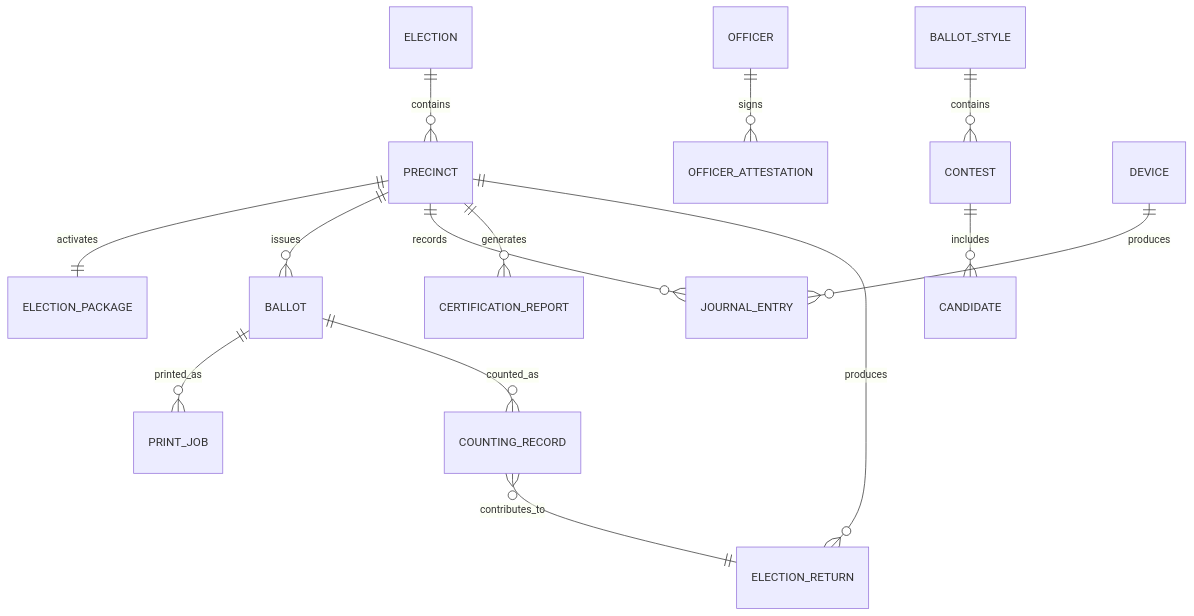
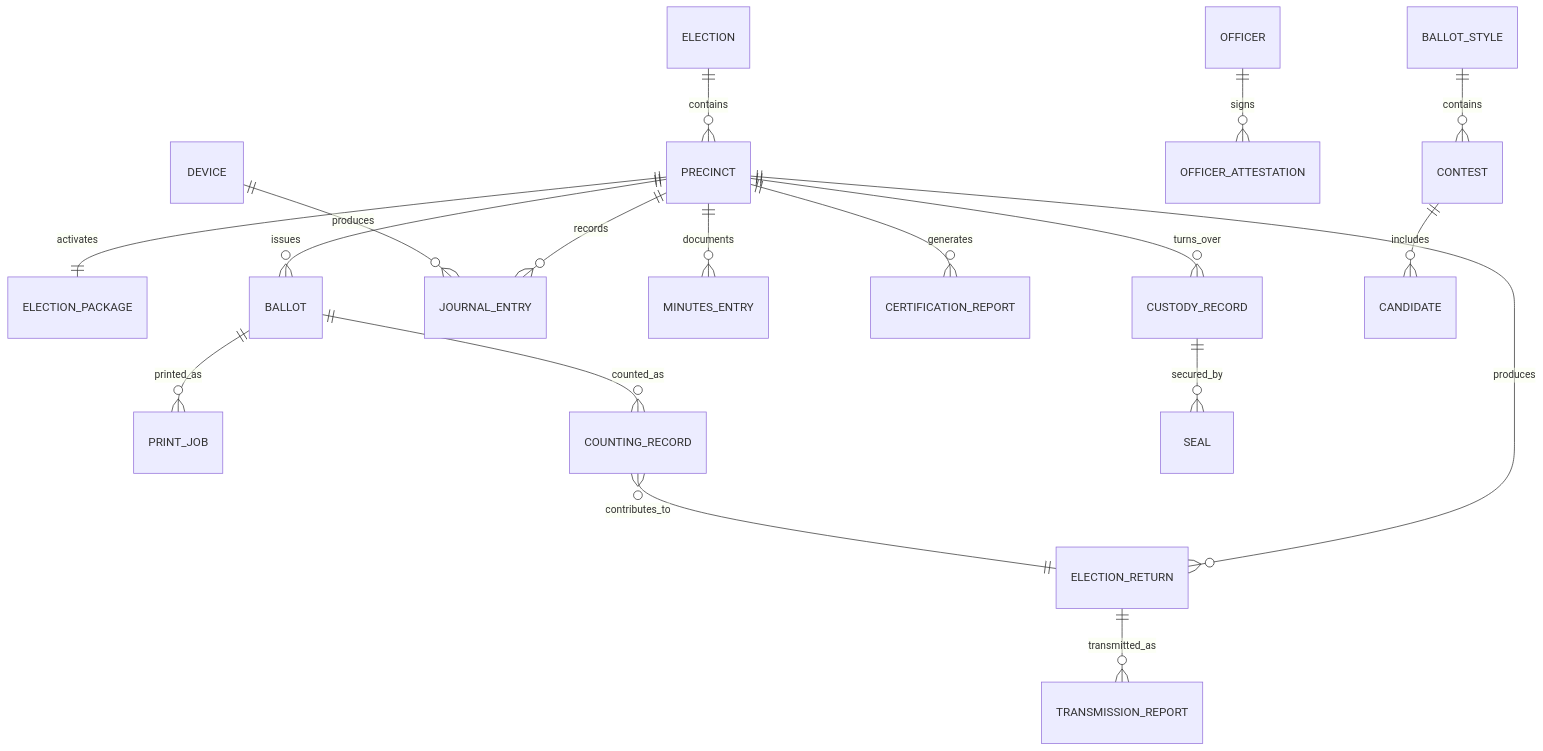
One commit to 3neti/aes changed the third of 6 diagrams in docs/SYSTEM_DESIGN.md. Above: the diagram before and after it, drawn with Mermaid. The commit also changed other lines of this file and 16 other files, not shown here.

Commit message:
feat: implement transmission and custody slice infrastructure

````diff
--- a/docs/SYSTEM_DESIGN.md
+++ b/docs/SYSTEM_DESIGN.md
@@ -248,29 +282,37 @@
 ```mermaid
 erDiagram
 
 ELECTION ||--o{ PRECINCT : contains
 
 PRECINCT ||--|| ELECTION_PACKAGE : activates
 
 PRECINCT ||--o{ BALLOT : issues
 
 PRECINCT ||--o{ JOURNAL_ENTRY : records
 
+PRECINCT ||--o{ MINUTES_ENTRY : documents
+
 PRECINCT ||--o{ CERTIFICATION_REPORT : generates
 
 PRECINCT ||--o{ ELECTION_RETURN : produces
+
+PRECINCT ||--o{ CUSTODY_RECORD : turns_over
 
 BALLOT_STYLE ||--o{ CONTEST : contains
 
 CONTEST ||--o{ CANDIDATE : includes
 
 BALLOT ||--o{ PRINT_JOB : printed_as
 
 BALLOT ||--o{ COUNTING_RECORD : counted_as
 
 COUNTING_RECORD }o--|| ELECTION_RETURN : contributes_to
 
 OFFICER ||--o{ OFFICER_ATTESTATION : signs
 
 DEVICE ||--o{ JOURNAL_ENTRY : produces
+
+ELECTION_RETURN ||--o{ TRANSMISSION_REPORT : transmitted_as
+
+CUSTODY_RECORD ||--o{ SEAL : secured_by
 ```
````
